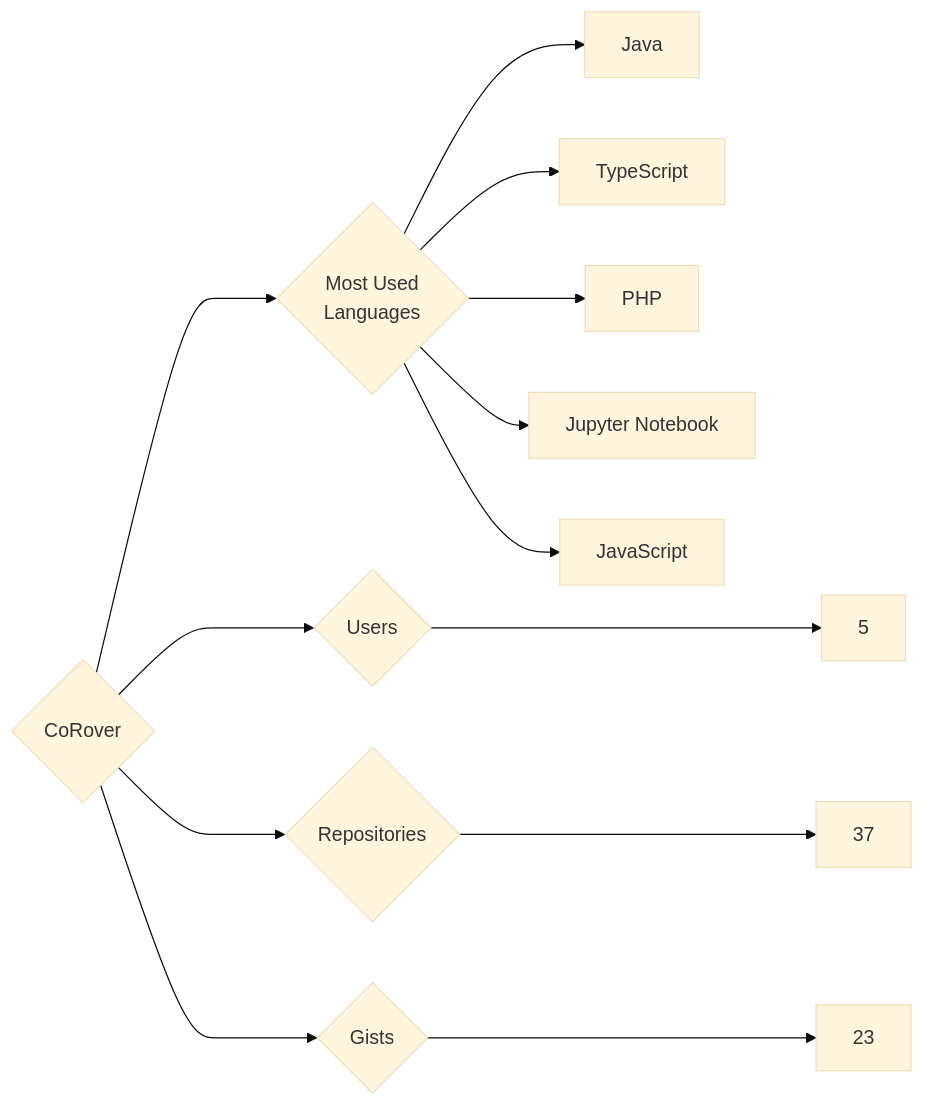
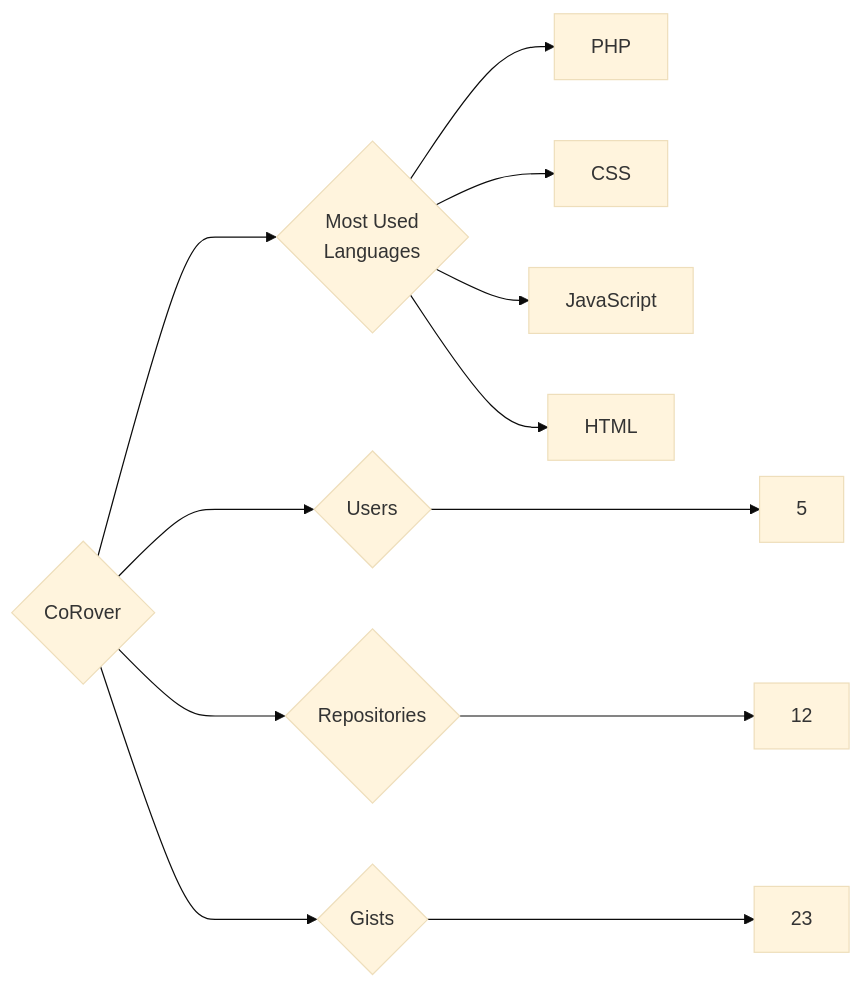
The diagram in targets/CoRover/README.md (trickest/insiders), drawn with Mermaid (base theme) before and after one commit. The commit also changed 718 other files, not shown here.

````diff
--- a/targets/CoRover/README.md
+++ b/targets/CoRover/README.md
@@ -3,13 +3,12 @@
 ```mermaid
 graph LR
 COMPANY_NAME{CoRover}
 COMPANY_NAME ---> U{Users} ---> UN[5]
-COMPANY_NAME ---> R{Repositories} ---> RN[37]
+COMPANY_NAME ---> R{Repositories} ---> RN[12]
 COMPANY_NAME ---> G{Gists} ---> GN[23]
 COMPANY_NAME ---> ML{Most Used<br>Languages}
-ML --> Java[Java]
-ML --> TypeScript[TypeScript]
 ML --> PHP[PHP]
-ML --> Jupyter_Notebook[Jupyter Notebook]
+ML --> CSS[CSS]
 ML --> JavaScript[JavaScript]
+ML --> HTML[HTML]
 ```
````
